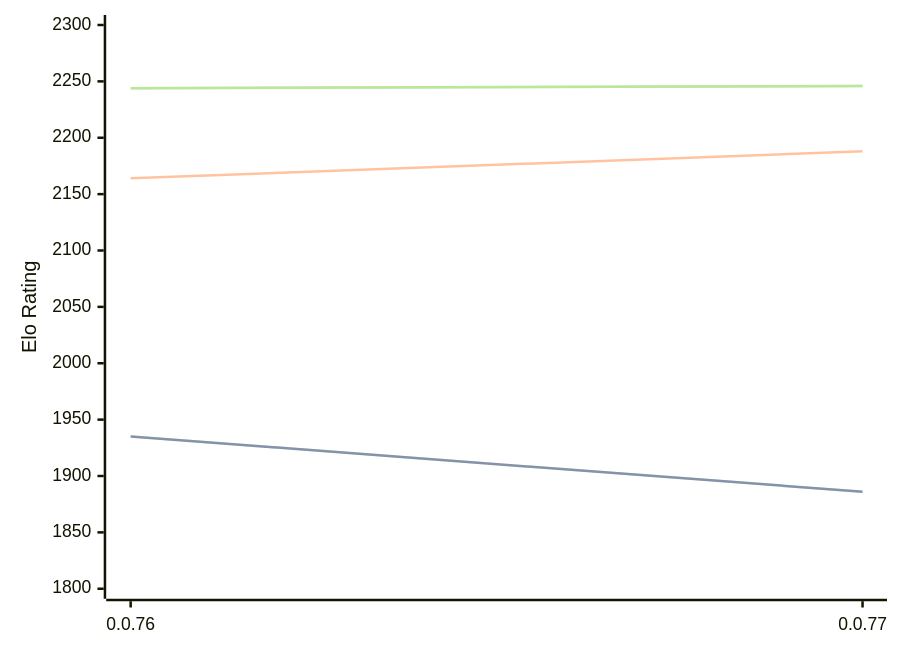
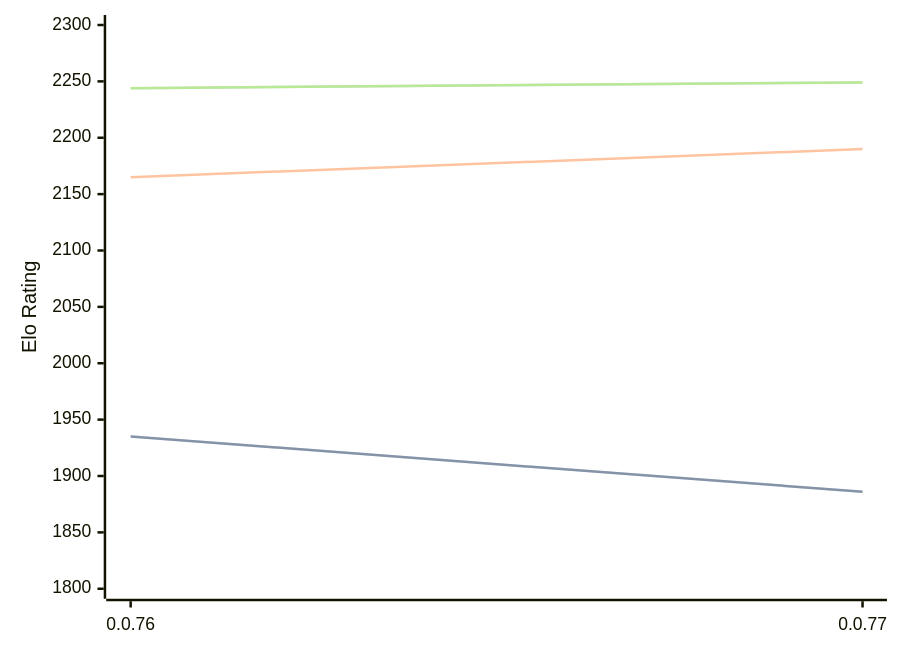
One commit to computer-chess-index/cci changed the diagram in engines/Fktb.md. Above: the diagram before and after it, drawn with Mermaid. The commit also changed other lines of this file, not shown here.

Commit message:
Update CCI Ratings (ELO VLTC) - 2026-04-13

````diff
--- a/engines/Fktb.md
+++ b/engines/Fktb.md
@@ -32,11 +32,11 @@
 ```mermaid
 %%{init: {"theme":"base","themeVariables":{"seriesColors:['#a3a3a3','#222221','#faa371']}}}%%
 xychart-beta
   x-axis ["0.0.76", "0.0.77"]
   y-axis "Elo Rating" 1800 --> 2300
   line "STC (8.0+0.08s)" [1935, 1886]
   line "STC (8.0+0.08s)" [1935, 1886]
-  line "LTC (60.0+0.60s)" [2164, 2188]
-  line "VLTC (2m24s+1.12s)" [2244, 2246]
-  line "VLTC (2m24s+1.12s)" [2244, 2246]
+  line "LTC (60.0+0.60s)" [2165, 2190]
+  line "VLTC (2m24s+1.12s)" [2244, 2249]
+  line "VLTC (2m24s+1.12s)" [2244, 2249]
 ```
````
